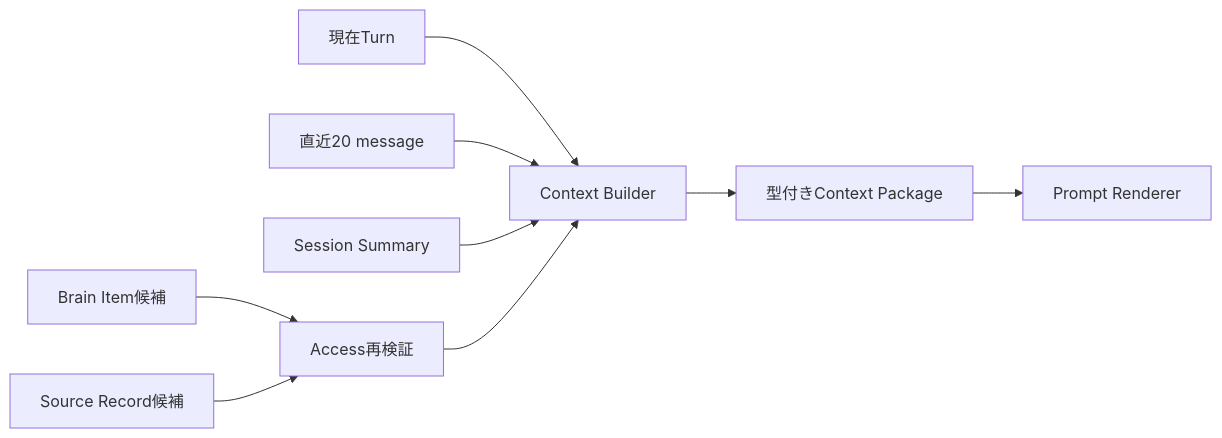
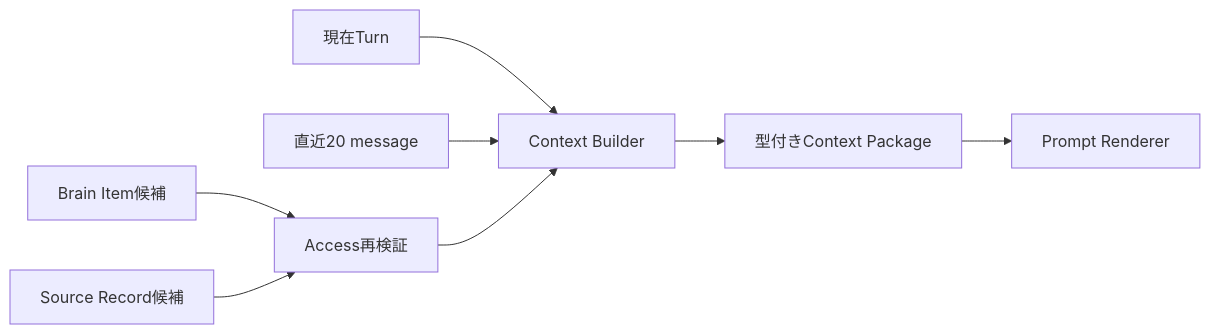
One commit to kkyosuke/me-builder changed the fourth of 4 diagrams in docs/architecture/diary-chat-implementation-design.md. Above: the diagram before and after it, drawn with Mermaid. The commit also changed other lines of this file and 12 other files, not shown here.

````diff
--- a/docs/architecture/diary-chat-implementation-design.md
+++ b/docs/architecture/diary-chat-implementation-design.md
@@ -281,11 +309,10 @@
 ```mermaid
 flowchart LR
     M[現在Turn] --> C[Context Builder]
     R[直近20 message] --> C
-    S[Session Summary] --> C
     B[Brain Item候補] --> A[Access再検証]
     E[Source Record候補] --> A
     A --> C
     C --> T[型付きContext Package]
     T --> P[Prompt Renderer]
 ```
````
